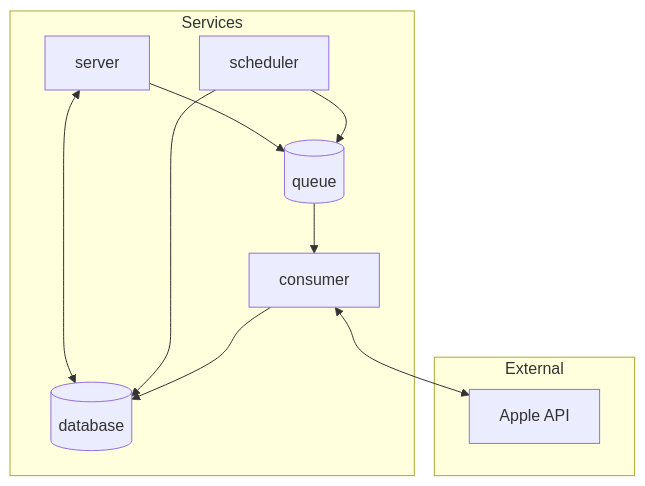
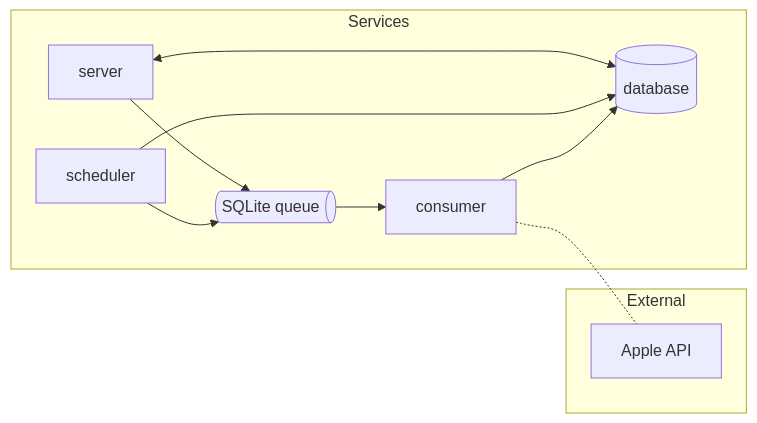
Before and after one commit to renantatsuo/apps-reviews: the diagram in server/README.md, drawn with Mermaid. The commit also changed 1 other file, not shown here.

Commit message:
update readme flowcharts

````diff
--- a/server/README.md
+++ b/server/README.md
@@ -11,24 +11,24 @@
 ```mermaid
-graph TB
+graph LR
     subgraph "Services"
-        Queue[(queue)]
+        Queue@{ shape: das, label: "SQLite queue" }
         Database[(database)]
         Consumer[consumer]
         Scheduler[scheduler]
         server
     end
 
     subgraph "External"
         Apple[Apple API]
     end
 
     server --> Queue
     server <--> Database
 
     Scheduler --> Database
     Scheduler --> Queue
 
     Queue --> Consumer
-    Consumer <--> Apple
+    Consumer -.- Apple
     Consumer --> Database
 ```
````
